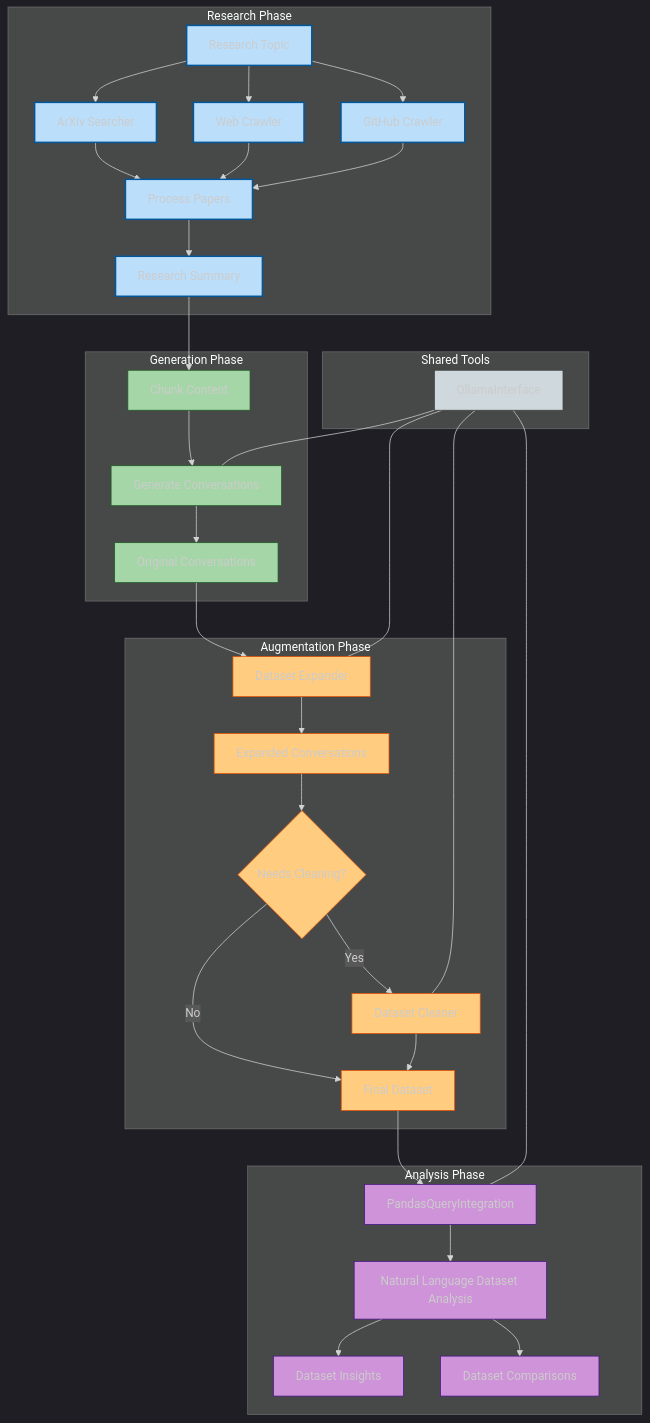
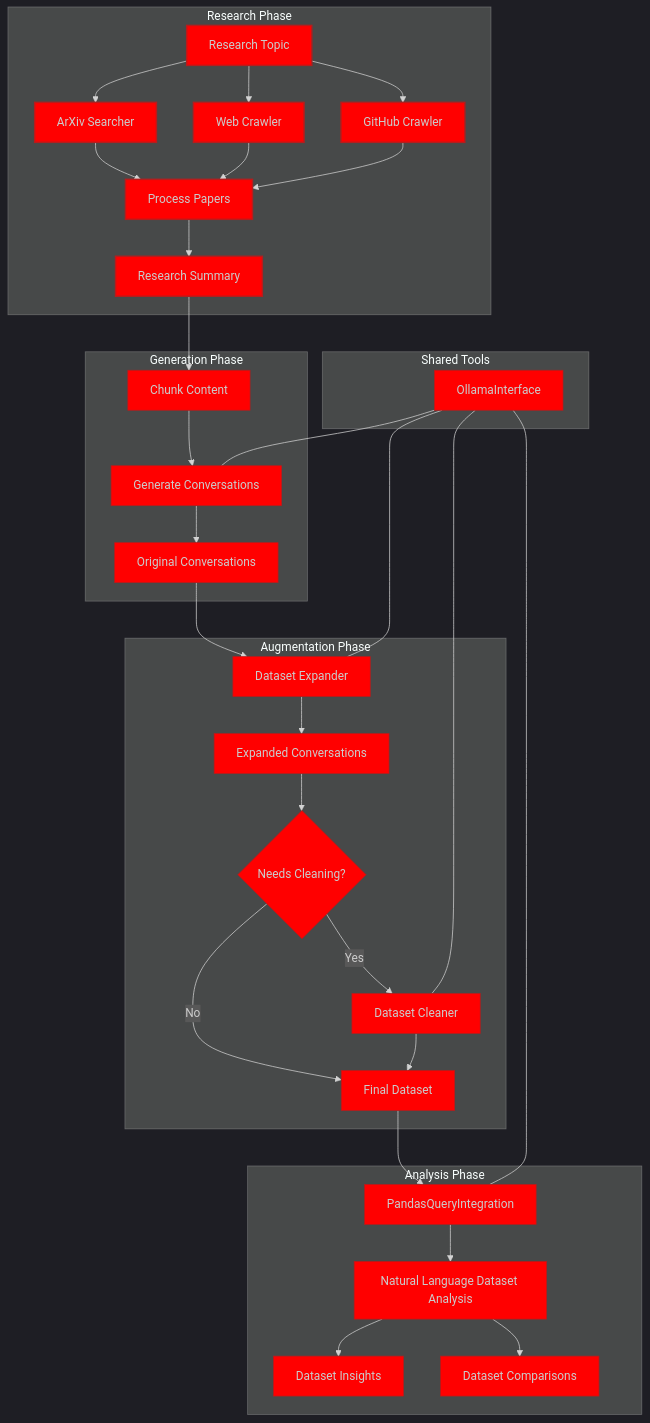
One commit to Ollama-Agent-Roll-Cage/agentChef changed the diagram in README.md. Above: the diagram before and after it, drawn with Mermaid.

````diff
--- a/README.md
+++ b/README.md
@@ -534,54 +534,55 @@
 ```mermaid
 %%{init: {'theme':'dark', 'themeVariables': {'primaryTextColor': '#000000', 'nodeTextColor': '#000000'}}}%%
 flowchart TD
     subgraph Research["Research Phase"]
         A[Research Topic] --> B[ArXiv Searcher]
         A --> C[Web Crawler]
         A --> D[GitHub Crawler]
         B --> E[Process Papers]
         C --> E
         D --> E
         E --> F[Research Summary]
     end
     
     subgraph Generation["Generation Phase"]
         F --> G[Chunk Content]
         G --> H[Generate Conversations]
         H --> I[Original Conversations]
     end
     
     subgraph Augmentation["Augmentation Phase"]
         I --> J[Dataset Expander]
         J --> K[Expanded Conversations]
         K --> L{Needs Cleaning?}
         L -- Yes --> M[Dataset Cleaner]
         L -- No --> N[Final Dataset]
         M --> N
     end
     
     subgraph Analysis["Analysis Phase"]
         N --> O[PandasQueryIntegration]
         O --> P[Natural Language Dataset Analysis]
         P --> Q[Dataset Insights]
         P --> R[Dataset Comparisons]
     end
     
     subgraph Tools["Shared Tools"]
         S[OllamaInterface] --- H
         S --- J
         S --- M
         S --- O
     end
     
-    classDef research fill:#bbdefb,stroke:#01579b,stroke-width:2px
-    classDef generation fill:#a5d6a7,stroke:#1b5e20
-    classDef augmentation fill:#ffcc80,stroke:#e65100
-    classDef analysis fill:#ce93d8,stroke:#4a148c
-    classDef tools fill:#cfd8dc,stroke:#424242
+    classDef research fill:#ff0000,stroke:#b71c1c,stroke-width:2px
+    classDef generation fill:#ff0000,stroke:#b71c1c
+    classDef augmentation fill:#ff0000,stroke:#b71c1c
+    classDef analysis fill:#ff0000,stroke:#b71c1c
+    classDef tools fill:#ff0000,stroke:#b71c1c
 
     class A,B,C,D,E,F research
     class G,H,I generation
     class J,K,L,M,N augmentation
     class O,P,Q,R analysis
     class S tools
+
 ```
````
